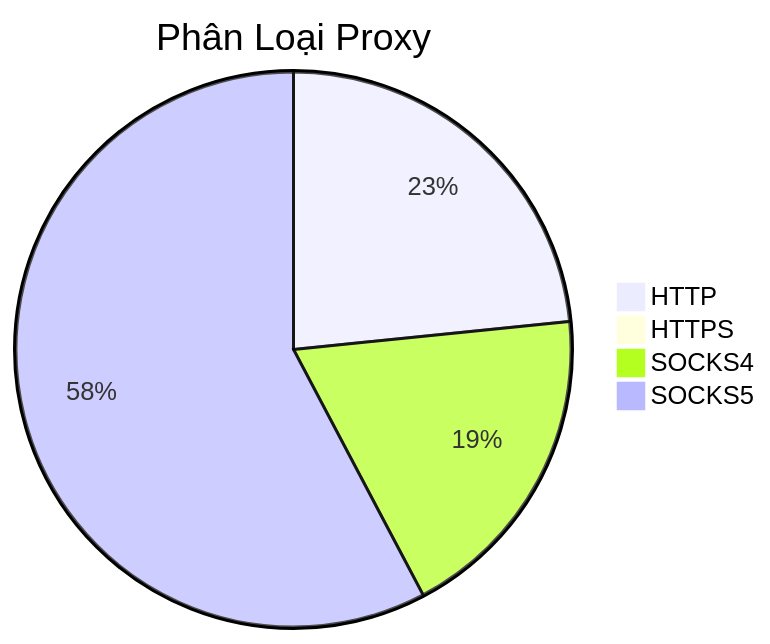
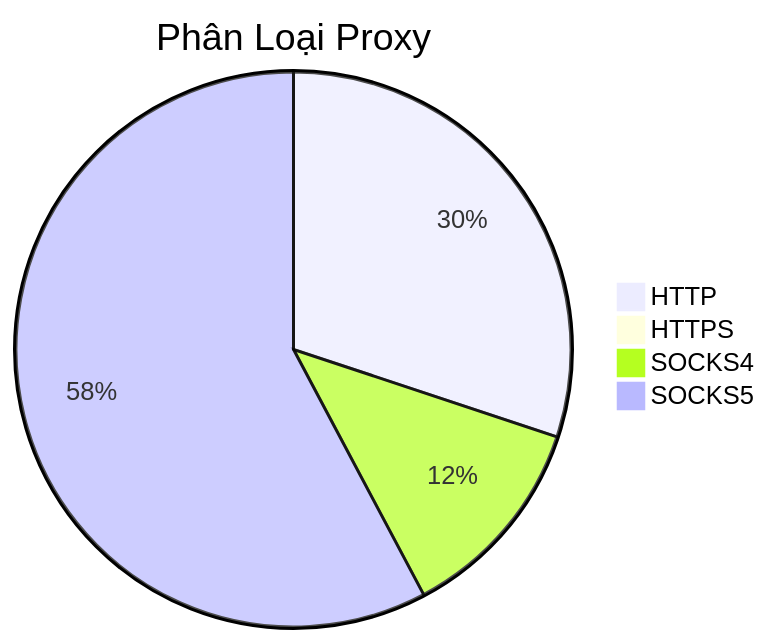
The diagram in README.md (Ciara-12/PROXY-free), drawn with Mermaid before and after one commit. The commit also changed other lines of this file and 3 other files, not shown here.

````diff
--- a/README.md
+++ b/README.md
@@ -26,7 +26,7 @@
 ```mermaid
 pie title Phân Loại Proxy
-    "HTTP" : 431
+    "HTTP" : 831
     "HTTPS" : 0
-    "SOCKS4" : 348
-    "SOCKS5" : 1064
+    "SOCKS4" : 335
+    "SOCKS5" : 1595
 ```
````
